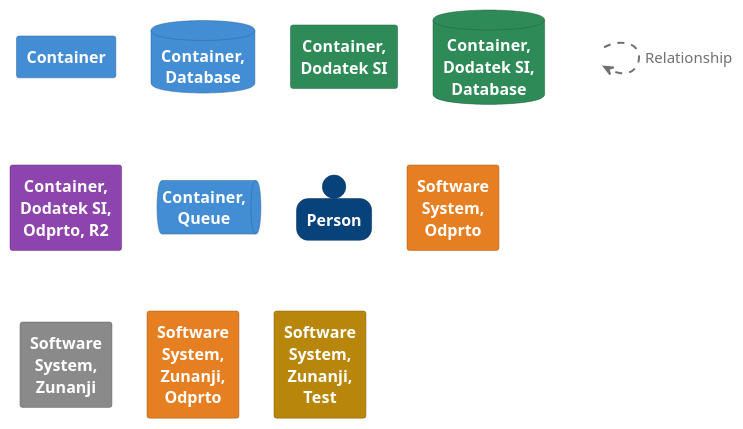
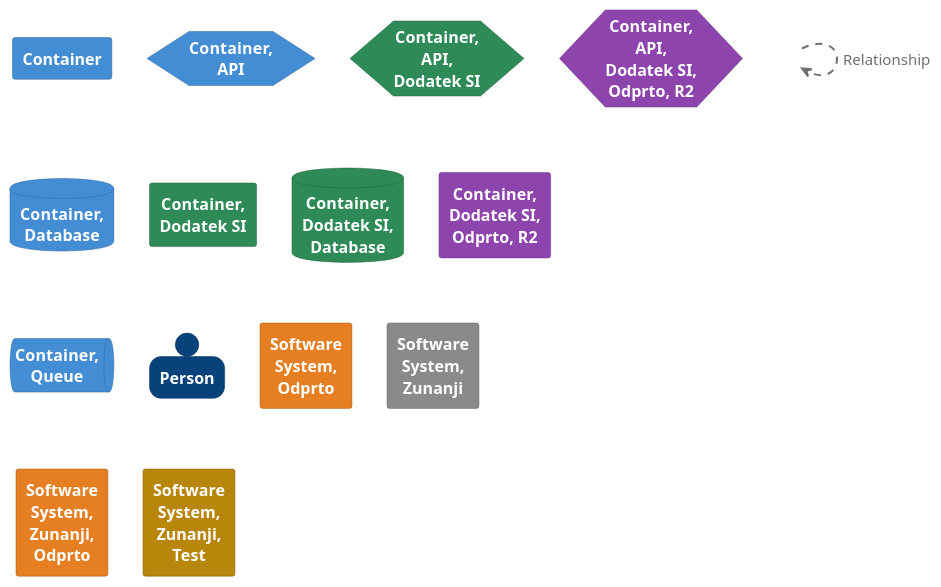
The diagram in architecture/diagrams/structurizr-C2-Vsebniki-key.puml (UM-KGPI/eFTI-Gate-SI), drawn with PlantUML before and after one commit. The commit also changed 46 other files, not shown here.

```diff
--- a/architecture/diagrams/structurizr-C2-Vsebniki-key.puml
+++ b/architecture/diagrams/structurizr-C2-Vsebniki-key.puml
@@ -1,100 +1,121 @@
 @startuml
 set separator none
 
 skinparam {
   shadowing false
   arrowFontSize 15
   defaultTextAlignment center
   wrapWidth 100
   maxMessageSize 100
 }
 hide stereotype
 
 skinparam rectangle<<_transparent>> {
   BorderColor transparent
   BackgroundColor transparent
   FontColor transparent
 }
 
 skinparam rectangle<<1>> {
   BackgroundColor #438dd5
   FontColor #ffffff
   BorderColor #2e6295
 }
 rectangle "==Container" <<1>>
 
-skinparam database<<2>> {
+skinparam hexagon<<2>> {
   BackgroundColor #438dd5
   FontColor #ffffff
   BorderColor #2e6295
 }
-database "==Container, Database" <<2>>
+hexagon "==Container, API" <<2>>
 
-skinparam rectangle<<3>> {
+skinparam hexagon<<3>> {
   BackgroundColor #2e8b57
   FontColor #ffffff
   BorderColor #20613c
 }
-rectangle "==Container, Dodatek SI" <<3>>
+hexagon "==Container, API, Dodatek SI" <<3>>
 
-skinparam database<<4>> {
+skinparam hexagon<<4>> {
+  BackgroundColor #8e44ad
+  FontColor #ffffff
+  BorderColor #632f79
+}
+hexagon "==Container, API, Dodatek SI, Odprto, R2" <<4>>
+
+skinparam database<<5>> {
+  BackgroundColor #438dd5
+  FontColor #ffffff
+  BorderColor #2e6295
+}
+database "==Container, Database" <<5>>
+
+skinparam rectangle<<6>> {
   BackgroundColor #2e8b57
   FontColor #ffffff
   BorderColor #20613c
 }
-database "==Container, Dodatek SI, Database" <<4>>
+rectangle "==Container, Dodatek SI" <<6>>
 
-skinparam rectangle<<5>> {
+skinparam database<<7>> {
+  BackgroundColor #2e8b57
+  FontColor #ffffff
+  BorderColor #20613c
+}
+database "==Container, Dodatek SI, Database" <<7>>
+
+skinparam rectangle<<8>> {
   BackgroundColor #8e44ad
   FontColor #ffffff
   BorderColor #632f79
 }
-rectangle "==Container, Dodatek SI, Odprto, R2" <<5>>
+rectangle "==Container, Dodatek SI, Odprto, R2" <<8>>
 
-skinparam queue<<6>> {
+skinparam queue<<9>> {
   BackgroundColor #438dd5
   FontColor #ffffff
   BorderColor #2e6295
 }
-queue "==Container, Queue" <<6>>
+queue "==Container, Queue" <<9>>
 
-skinparam person<<7>> {
+skinparam person<<10>> {
   BackgroundColor #08427b
   FontColor #ffffff
   BorderColor #052e56
 }
-person "==Person" <<7>>
+person "==Person" <<10>>
 
-skinparam rectangle<<8>> {
+skinparam rectangle<<11>> {
   BackgroundColor #e67e22
   FontColor #ffffff
   BorderColor #a15817
 }
-rectangle "==Software System, Odprto" <<8>>
+rectangle "==Software System, Odprto" <<11>>
 
-skinparam rectangle<<9>> {
+skinparam rectangle<<12>> {
   BackgroundColor #8a8a8a
   FontColor #ffffff
   BorderColor #606060
 }
-rectangle "==Software System, Zunanji" <<9>>
+rectangle "==Software System, Zunanji" <<12>>
 
-skinparam rectangle<<10>> {
+skinparam rectangle<<13>> {
   BackgroundColor #e67e22
   FontColor #ffffff
   BorderColor #a15817
 }
-rectangle "==Software System, Zunanji, Odprto" <<10>>
+rectangle "==Software System, Zunanji, Odprto" <<13>>
 
-skinparam rectangle<<11>> {
+skinparam rectangle<<14>> {
   BackgroundColor #b8860b
   FontColor #ffffff
   BorderColor #805d07
 }
-rectangle "==Software System, Zunanji, Test" <<11>>
+rectangle "==Software System, Zunanji, Test" <<14>>
 
-rectangle "." <<_transparent>> as 12
-12 .[#707070,thickness=2].> 12 : "<color:#707070>Relationship"
+rectangle "." <<_transparent>> as 15
+15 .[#707070,thickness=2].> 15 : "<color:#707070>Relationship"
 
 
 @enduml
```
